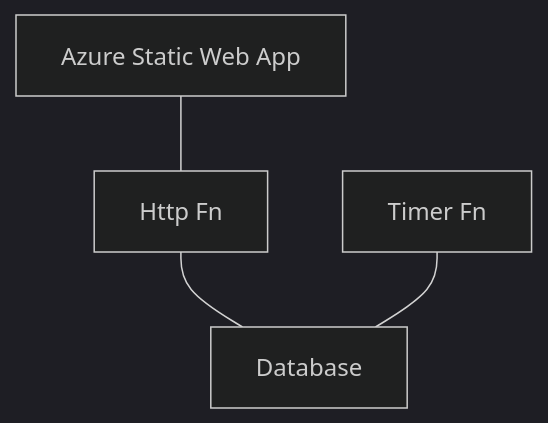
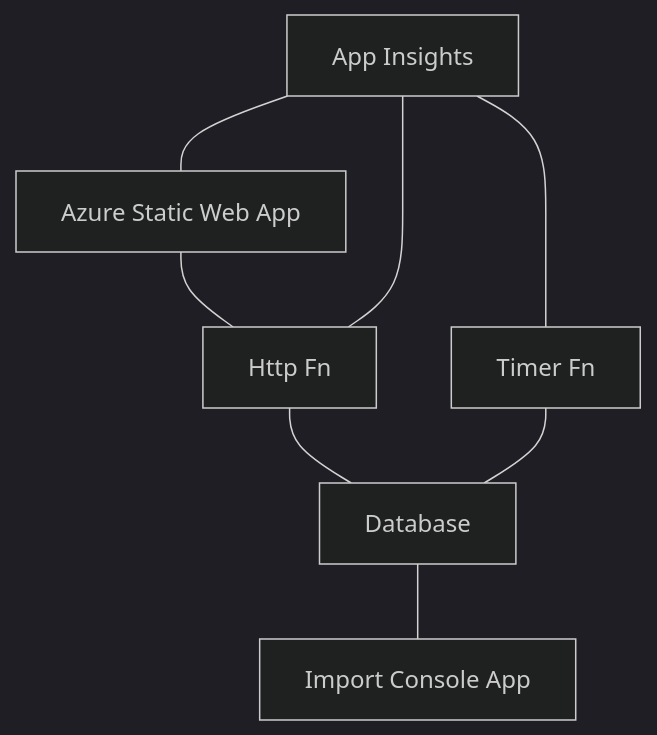
One commit to funkysi1701/Blogv2 changed the diagram in README.md. Above: the diagram before and after it, drawn with Mermaid (dark theme).

````diff
--- a/README.md
+++ b/README.md
@@ -5,6 +5,10 @@
 ```mermaid
-graph TD;
-    A[Azure Static Web App]---B[Http Fn];
-    B---D[Database];
-    C[Timer Fn]---D;
+graph TD
+    A[Azure Static Web App]---B[Http Fn]
+    B---D[Database]
+    C[Timer Fn]---D
+    D---E[Import Console App]
+    F[App Insights]---A
+    F---B
+    F---C
 ```
````
